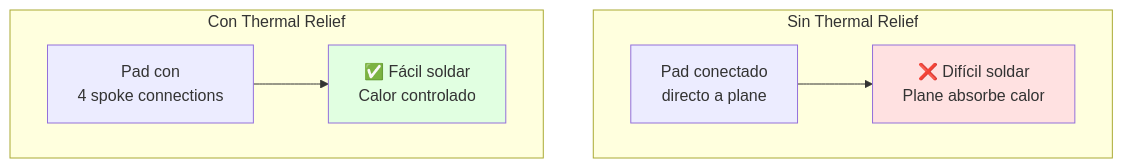
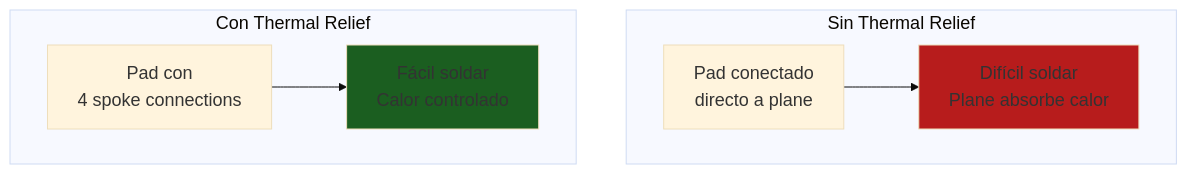
One commit to Ai-Whisperers/Courses-Content changed the fifth of 11 diagrams in courses/🟡-development/FPUNA-2026/02-ELECTRONICA-AUTOMATIZACION/02-diseno-pcb.md. Above: the diagram before and after it, drawn with Mermaid. The commit also changed other lines of this file and 47 other files, not shown here.

First line of the commit message:
fix: Make all 473 diagrams WCAG AAA accessible (FPUNA-2026)

````diff
--- a/courses/🟡-development/FPUNA-2026/02-ELECTRONICA-AUTOMATIZACION/02-diseno-pcb.md
+++ b/courses/🟡-development/FPUNA-2026/02-ELECTRONICA-AUTOMATIZACION/02-diseno-pcb.md
@@ -254,13 +258,14 @@
 ```mermaid
+%%{init: {'theme':'base', 'themeVariables': {'fontSize':'18px'}}}%%
 graph TD
     subgraph "Sin Thermal Relief"
-        A[Pad conectado<br/>directo a plane] --> B[❌ Difícil soldar<br/>Plane absorbe calor]
+        A[Pad conectado<br/>directo a plane] --> B[Difícil soldar<br/>Plane absorbe calor]
     end
     
     subgraph "Con Thermal Relief"
-        C[Pad con<br/>4 spoke connections] --> D[✅ Fácil soldar<br/>Calor controlado]
+        C[Pad con<br/>4 spoke connections] --> D[Fácil soldar<br/>Calor controlado]
     end
     
-    style B fill:#FFE1E1
-    style D fill:#E1FFE1
+    style B fill:#b71c1c
+    style D fill:#1b5e20
 ```
````
